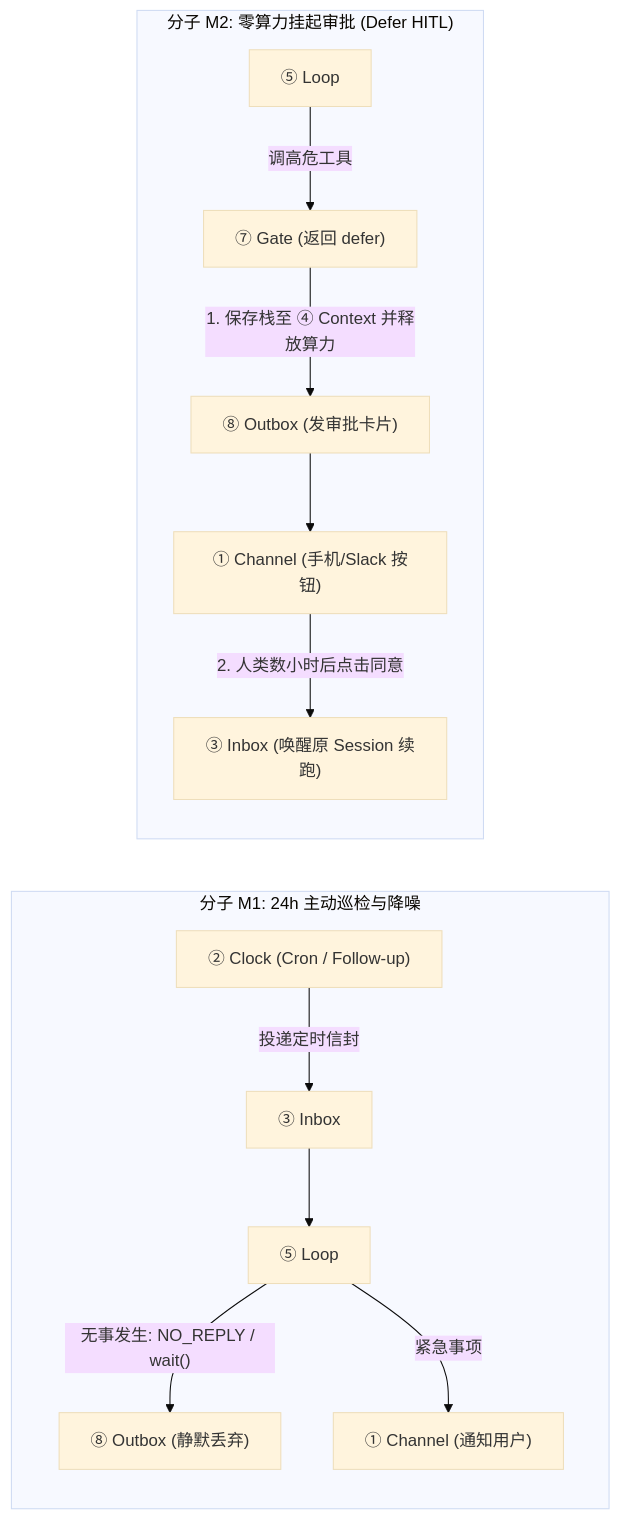
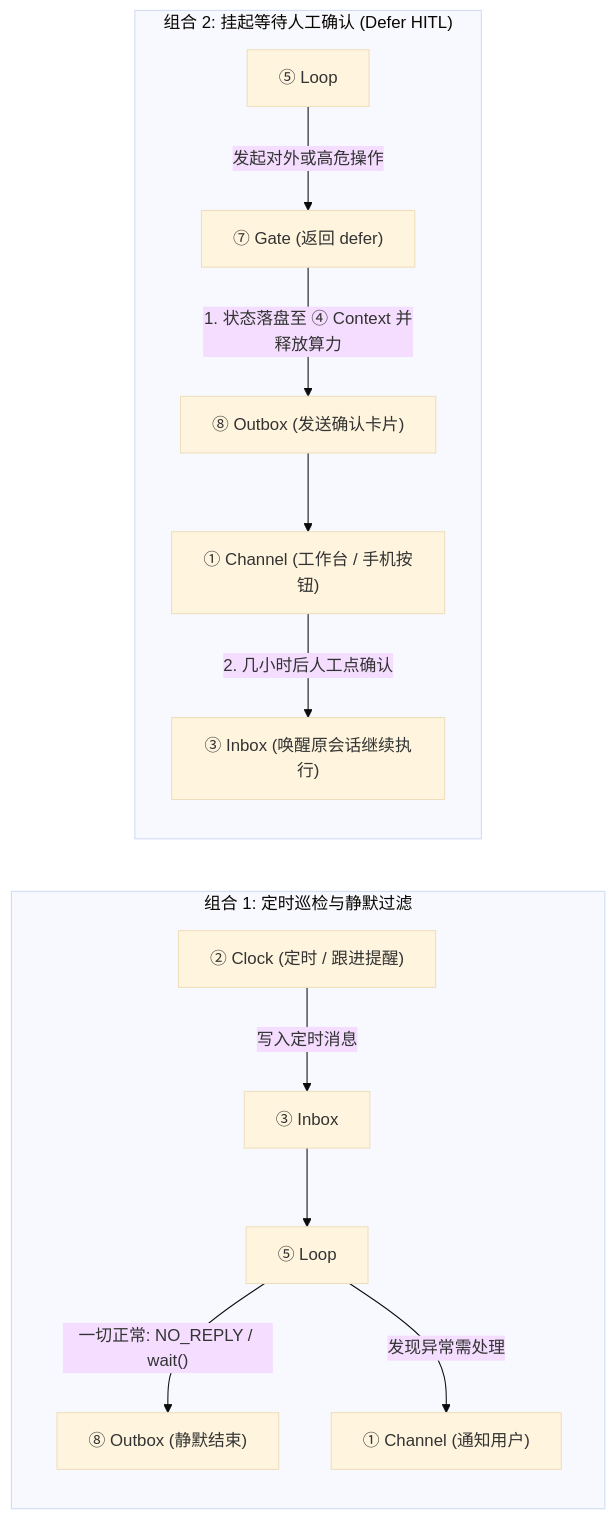
The first of 3 diagrams in docs/02-atomic-kernel-architecture.md (project-aoi/ng-agents), drawn with Mermaid (base theme) before and after one commit. The commit also changed other lines of this file and 4 other files, not shown here.

````diff
--- a/docs/02-atomic-kernel-architecture.md
+++ b/docs/02-atomic-kernel-architecture.md
@@ -137,16 +137,16 @@
 ```mermaid
 flowchart LR
-    subgraph C1["分子 M1: 24h 主动巡检与降噪"]
-        clk1["② Clock (Cron / Follow-up)"] -->|"投递定时信封"| in1["③ Inbox"]
+    subgraph C1["组合 1: 定时巡检与静默过滤"]
+        clk1["② Clock (定时 / 跟进提醒)"] -->|"写入定时消息"| in1["③ Inbox"]
         in1 --> loop1["⑤ Loop"]
-        loop1 -->|"无事发生: NO_REPLY / wait()"| drop["⑧ Outbox (静默丢弃)"]
-        loop1 -->|"紧急事项"| ch1["① Channel (通知用户)"]
+        loop1 -->|"一切正常: NO_REPLY / wait()"| drop["⑧ Outbox (静默结束)"]
+        loop1 -->|"发现异常需处理"| ch1["① Channel (通知用户)"]
     end
 
-    subgraph C2["分子 M2: 零算力挂起审批 (Defer HITL)"]
-        loop2["⑤ Loop"] -->|"调高危工具"| gate2["⑦ Gate (返回 defer)"]
-        gate2 -->|"1. 保存栈至 ④ Context 并释放算力"| out2["⑧ Outbox (发审批卡片)"]
-        out2 --> ch2["① Channel (手机/Slack 按钮)"]
-        ch2 -->|"2. 人类数小时后点击同意"| in2["③ Inbox (唤醒原 Session 续跑)"]
+    subgraph C2["组合 2: 挂起等待人工确认 (Defer HITL)"]
+        loop2["⑤ Loop"] -->|"发起对外或高危操作"| gate2["⑦ Gate (返回 defer)"]
+        gate2 -->|"1. 状态落盘至 ④ Context 并释放算力"| out2["⑧ Outbox (发送确认卡片)"]
+        out2 --> ch2["① Channel (工作台 / 手机按钮)"]
+        ch2 -->|"2. 几小时后人工点确认"| in2["③ Inbox (唤醒原会话继续执行)"]
     end
 ```
````
